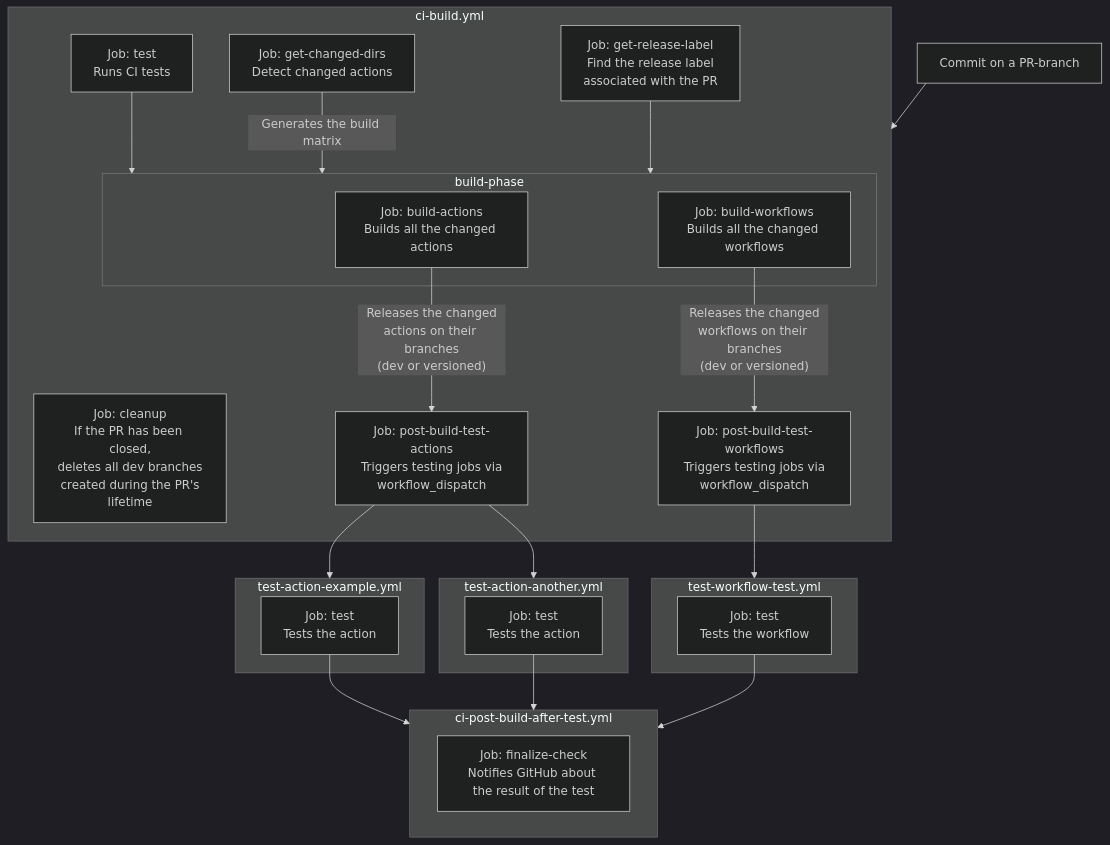
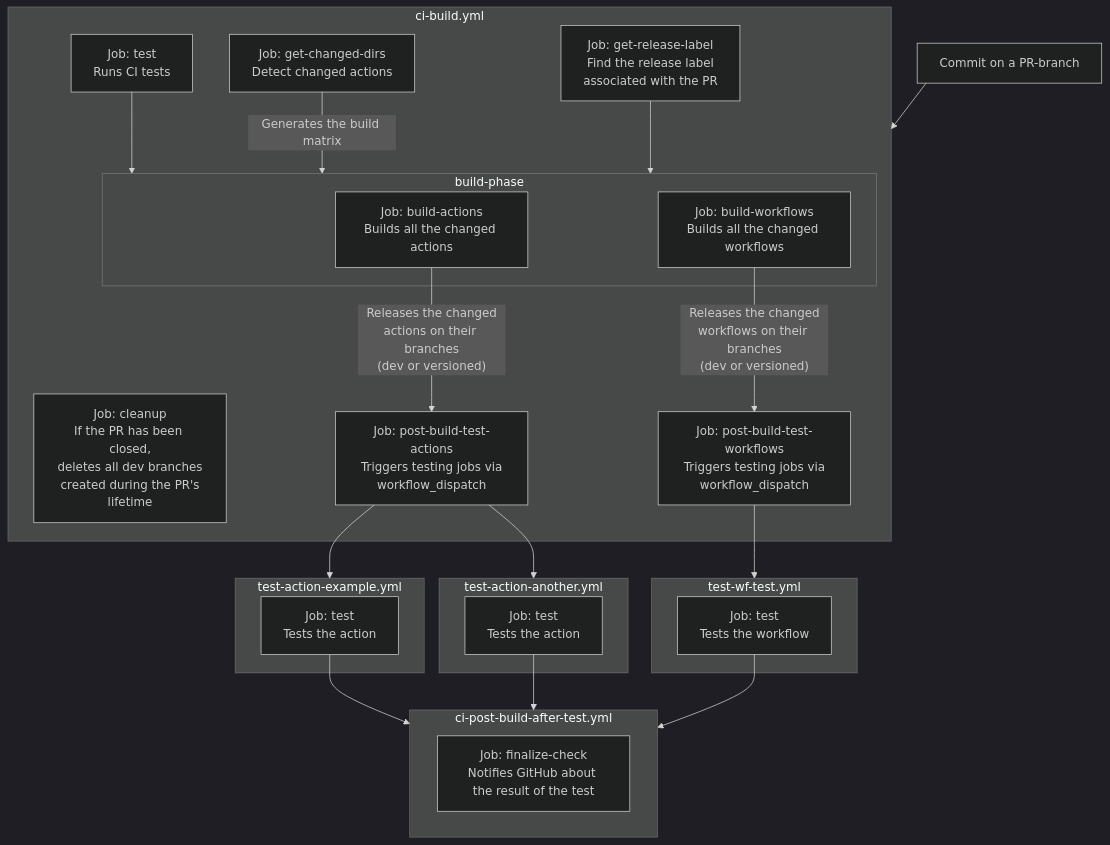
Before and after one commit to cmaster11/gha: the diagram in README.md, drawn with Mermaid (dark theme). The commit also changed other lines of this file and 14 other files, not shown here.

````diff
--- a/README.md
+++ b/README.md
@@ -104,48 +106,48 @@
 ```mermaid
 flowchart
     commit["Commit on a PR-branch"]
 
     subgraph ci-build.yml
         test["Job: test\nRuns CI tests"]
         get-release-label["Job: get-release-label\nFind the release label\nassociated with the PR"]
         get-changed-dirs["Job: get-changed-dirs\nDetect changed actions"]
         subgraph build-phase
             build-actions["Job: build-actions\nBuilds all the changed actions"]
             build-workflows["Job: build-workflows\nBuilds all the changed workflows"]
         end
         cleanup["Job: cleanup\nIf the PR has been closed,\ndeletes all dev branches\ncreated during the PR's\nlifetime"]
         test --> build-phase
         get-changed-dirs -- Generates the build matrix --> build-phase
         get-release-label --> build-phase
         post-build-test-actions["Job: post-build-test-actions\nTriggers testing jobs via\nworkflow_dispatch"]
         post-build-test-workflows["Job: post-build-test-workflows\nTriggers testing jobs via\nworkflow_dispatch"]
         build-actions -- " Releases the changed\nactions on their branches\n(dev or versioned) " --> post-build-test-actions
         build-workflows -- " Releases the changed\nworkflows on their branches\n(dev or versioned) " --> post-build-test-workflows
 
     end
 
     commit --> ci-build.yml
 
     subgraph ci-post-build-after-test.yml
         finalize-check["Job: finalize-check\nNotifies GitHub about the result of the test"]
     end
 
     subgraph test-action-example.yml
         test-action-example["Job: test\nTests the action"]
     end
 
     subgraph test-action-another.yml
         test-action-another["Job: test\nTests the action"]
     end
 
-    subgraph test-workflow-test.yml
-        test-workflow-test["Job: test\nTests the workflow"]
+    subgraph test-wf-test.yml
+        test-wf-test["Job: test\nTests the workflow"]
     end
 
     test-action-example --> ci-post-build-after-test.yml
     test-action-another --> ci-post-build-after-test.yml
-    test-workflow-test --> ci-post-build-after-test.yml
+    test-wf-test --> ci-post-build-after-test.yml
     post-build-test-actions --> test-action-example.yml
     post-build-test-actions --> test-action-another.yml
-    post-build-test-workflows --> test-workflow-test.yml
+    post-build-test-workflows --> test-wf-test.yml
 ```
````
